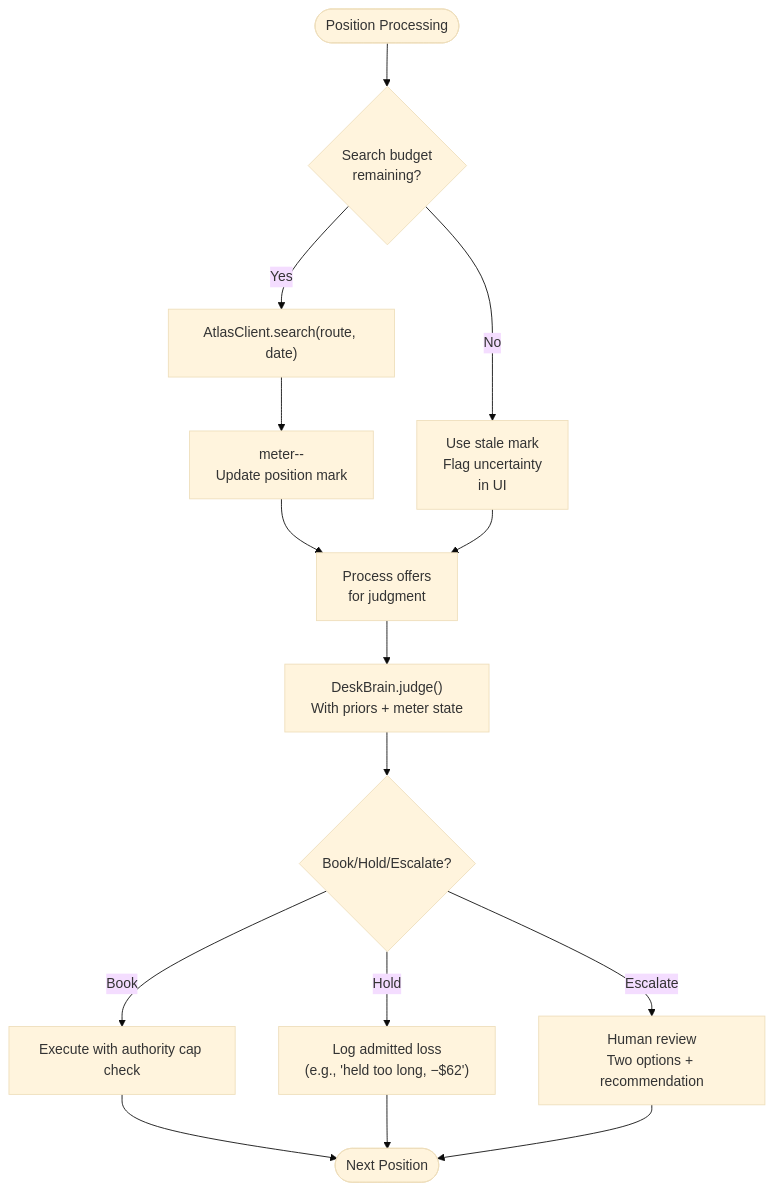
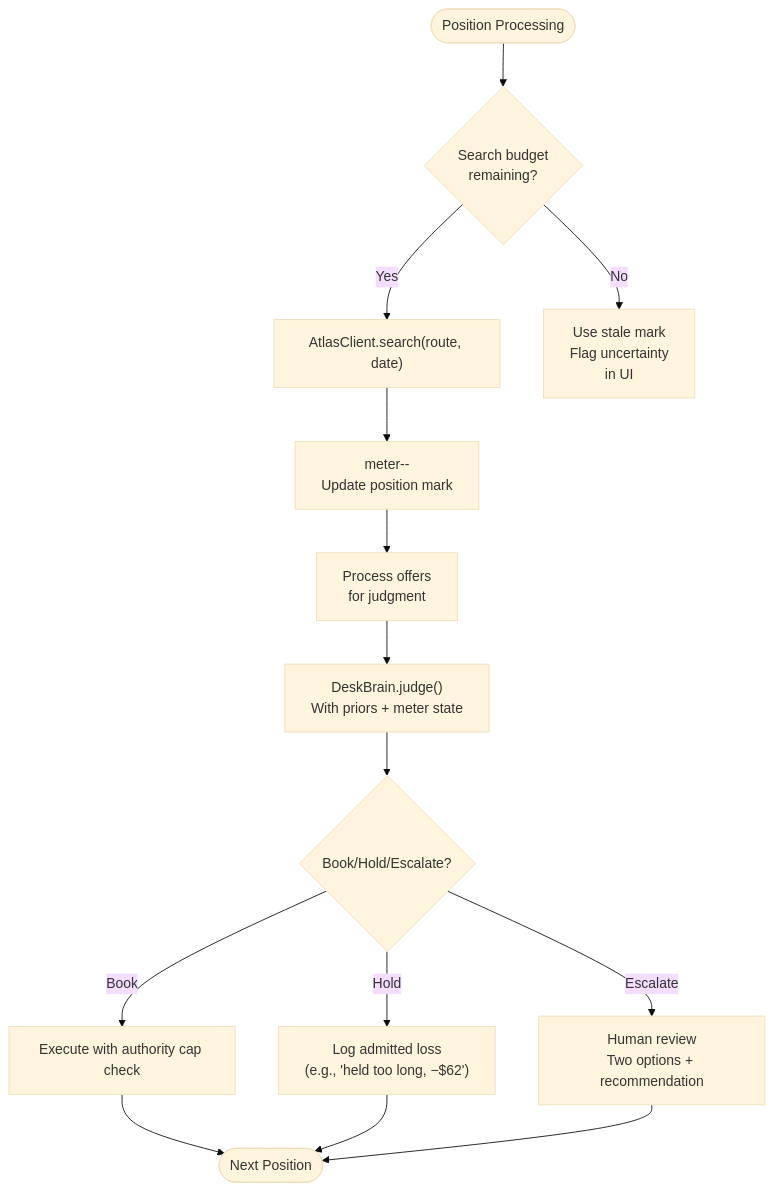
Before and after one commit to jaydonnnk/waypoint: the sixth of 8 diagrams in .qoder/repowiki/en/content/Program Design/Program Design.md, drawn with Mermaid (base theme). The commit also changed other lines of this file and 36 other files, not shown here.

````diff
--- a/.qoder/repowiki/en/content/Program Design/Program Design.md
+++ b/.qoder/repowiki/en/content/Program Design/Program Design.md
@@ -266,17 +302,16 @@
 ```mermaid
 flowchart TD
 Start(["Position Processing"]) --> CheckMeter{"Search budget<br/>remaining?"}
 CheckMeter --> |Yes| Search["AtlasClient.search(route, date)"]
 CheckMeter --> |No| StaleMark["Use stale mark<br/>Flag uncertainty<br/>in UI"]
 Search --> UpdateMeter["meter--<br/>Update position mark"]
 UpdateMeter --> Process["Process offers<br/>for judgment"]
-StaleMark --> Process
 Process --> Judge["DeskBrain.judge()<br/>With priors + meter state"]
 Judge --> Decision{"Book/Hold/Escalate?"}
 Decision --> |Book| Execute["Execute with authority cap check"]
 Decision --> |Hold| LogLoss["Log admitted loss<br/>(e.g., 'held too long, −$62')"]
 Decision --> |Escalate| HumanReview["Human review<br/>Two options + recommendation"]
 Execute --> End(["Next Position"])
 LogLoss --> End
 HumanReview --> End
 ```
````
